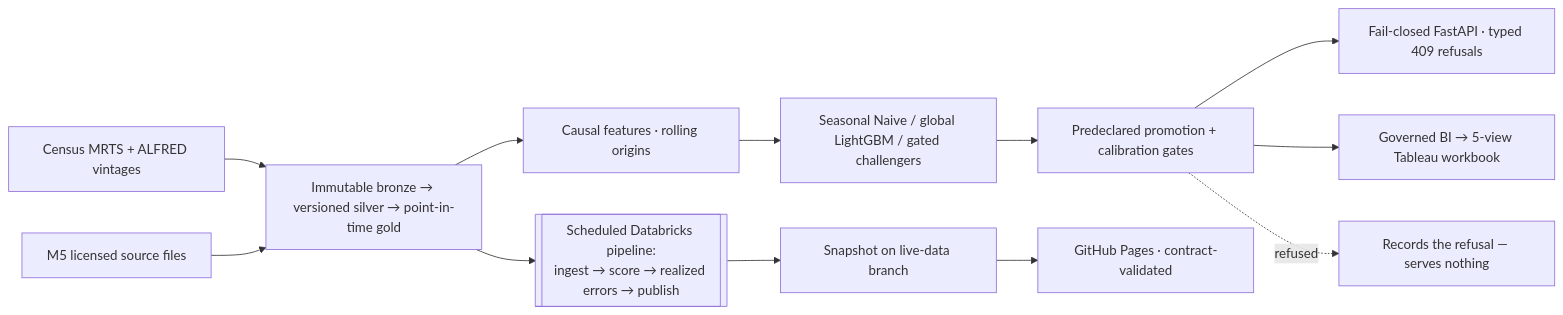
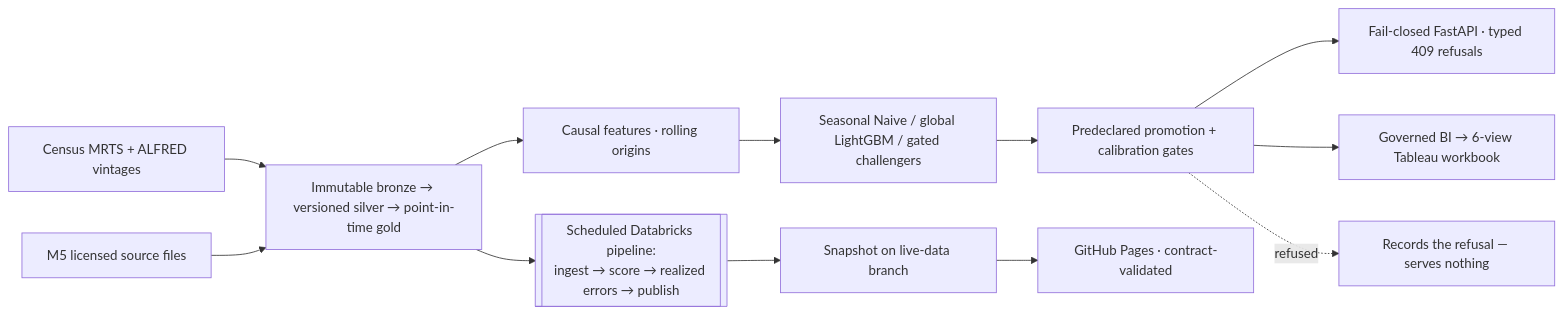
One commit to oleeveeuh/retailPRED changed the second of 2 diagrams in README.md. Above: the diagram before and after it, drawn with Mermaid. The commit also changed other lines of this file and 13 other files, not shown here.

First line of the commit message:
Sixth governed view: MRTS research windows from the satellite findings

````diff
--- a/README.md
+++ b/README.md
@@ -129,14 +129,14 @@
 ```mermaid
 flowchart LR
     A[Census MRTS + ALFRED vintages] --> B[Immutable bronze → versioned silver → point-in-time gold]
     M[M5 licensed source files] --> B
     B --> C[Causal features · rolling origins]
     C --> D[Seasonal Naive / global LightGBM / gated challengers]
     D --> E[Predeclared promotion + calibration gates]
     E --> F[Fail-closed FastAPI · typed 409 refusals]
-    E --> G[Governed BI → 5-view Tableau workbook]
+    E --> G[Governed BI → 6-view Tableau workbook]
     B --> P[[Scheduled Databricks pipeline:<br/>ingest → score → realized errors → publish]]
     P --> S[Snapshot on live-data branch]
     S --> W[GitHub Pages · contract-validated]
     E -. refused .-> X[Records the refusal — serves nothing]
 ```
````
